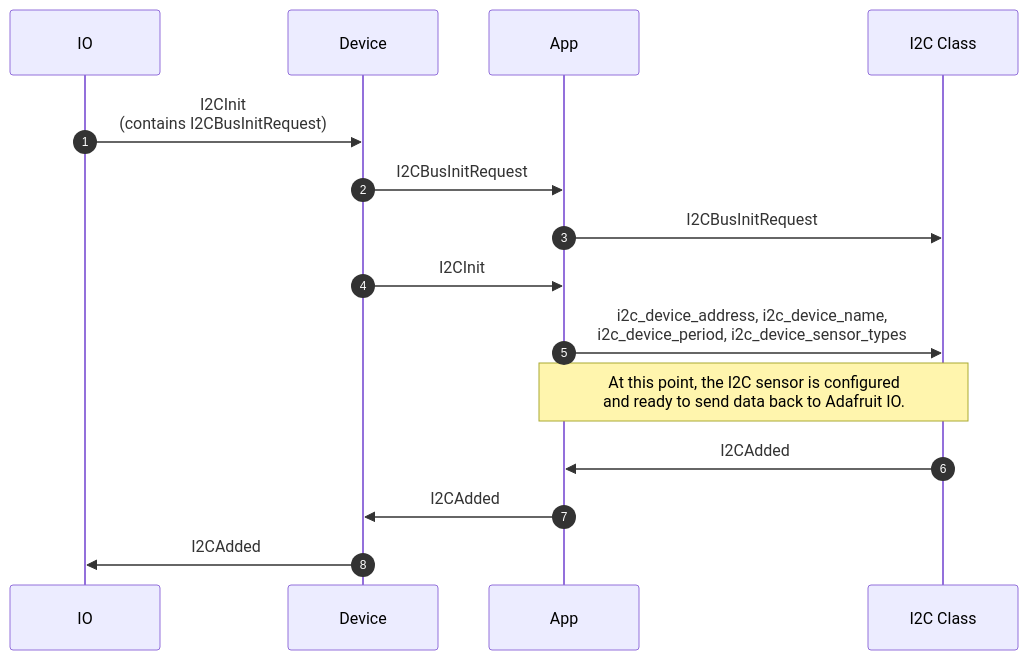
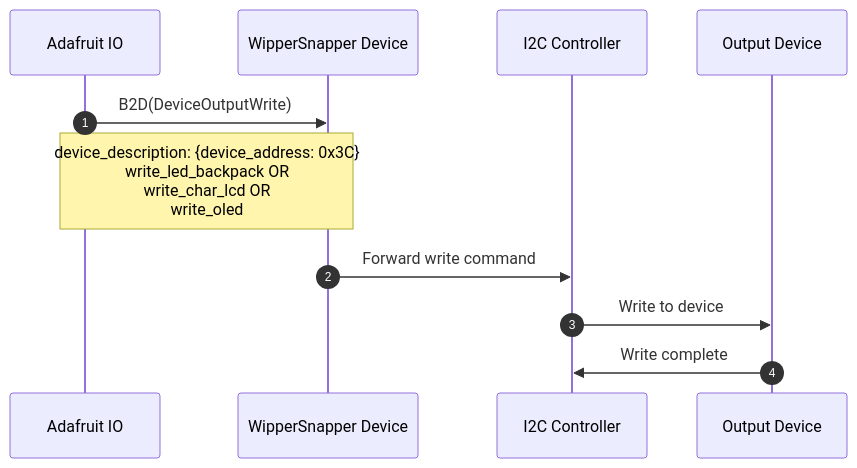
The fourth of 5 diagrams in proto/wippersnapper/docs/i2c.md (adafruit/Wippersnapper_Protobuf), drawn with Mermaid before and after one commit. The commit also changed other lines of this file and 4 other files, not shown here.

Commit message:
Add v2 docs / update mermaid diagrams

````diff
--- a/proto/wippersnapper/docs/i2c.md
+++ b/proto/wippersnapper/docs/i2c.md
@@ -39,14 +146,15 @@
 ```mermaid
 sequenceDiagram
 autonumber
+participant IO as Adafruit IO
+participant Device as WipperSnapper Device
+participant I2C as I2C Controller
+participant Output as Output Device
 
-IO->>Device: I2CInit<br>(contains I2CBusInitRequest)
-Device->>App: I2CBusInitRequest
-App->>I2C Class: I2CBusInitRequest
-Device->>App: I2CInit
-App->>I2C Class: i2c_device_address, i2c_device_name,<br>i2c_device_period, i2c_device_sensor_types
-Note over App,I2C Class: At this point, the I2C sensor is configured <br>and ready to send data back to Adafruit IO.
-I2C Class->>App: I2CAdded
-App->>Device: I2CAdded
-Device->>IO: I2CAdded
+IO->>Device: B2D(DeviceOutputWrite)
+Note over IO,Device: device_description: {device_address: 0x3C}<br/>write_led_backpack OR<br/>write_char_lcd OR<br/>write_oled
+
+Device->>I2C: Forward write command
+I2C->>Output: Write to device
+Output->>I2C: Write complete
 ```
````
